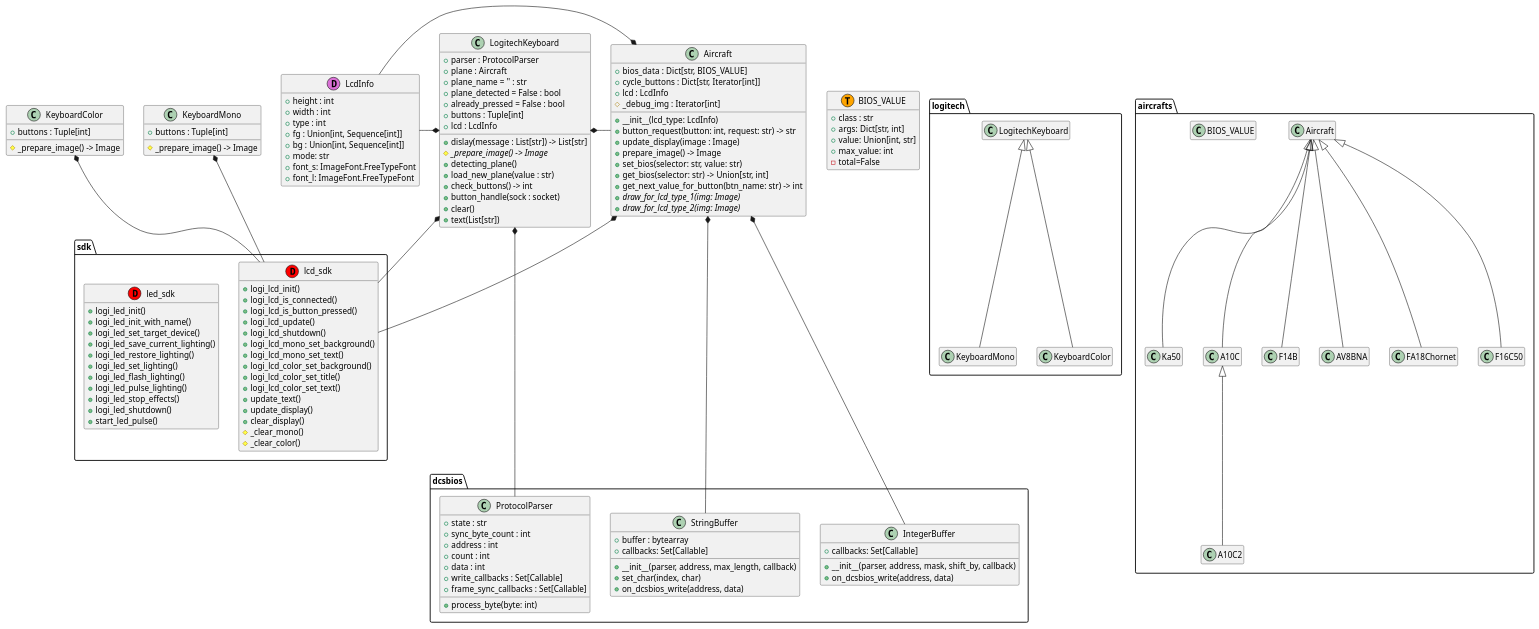
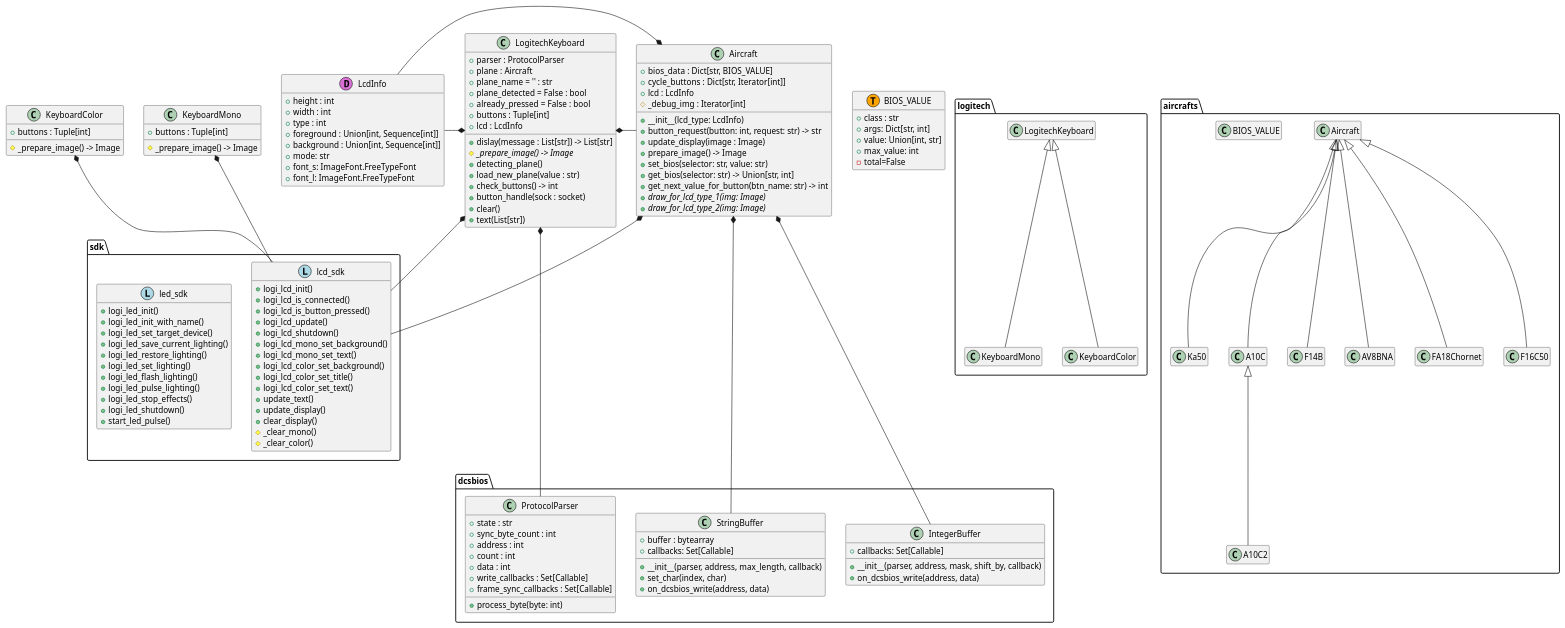
Before and after one commit to emcek/dcspy: the diagram in uml/classes.puml, drawn with PlantUML. The commit also changed 4 other files, not shown here.

Commit message:
rename fg and bg into foreground and background

```diff
--- a/uml/classes.puml
+++ b/uml/classes.puml
@@ -1,155 +1,155 @@
 @startuml
 hide empty members
 
 package dcsbios {
     class ProtocolParser {
         + state : str
         + sync_byte_count : int
         + address : int
         + count : int
         + data : int
         + write_callbacks : Set[Callable]
         + frame_sync_callbacks : Set[Callable]
         + process_byte(byte: int)
     }
 
     class StringBuffer {
         + buffer : bytearray
         + callbacks: Set[Callable]
         + __init__(parser, address, max_length, callback)
         + set_char(index, char)
         + on_dcsbios_write(address, data)
     }
 
     class IntegerBuffer {
         + callbacks: Set[Callable]
         + __init__(parser, address, mask, shift_by, callback)
         + on_dcsbios_write(address, data)
     }
 }
 
 package logitech {
     LogitechKeyboard <|-- KeyboardMono
     LogitechKeyboard <|-- KeyboardColor
 }
 
 class LogitechKeyboard {
     + parser : ProtocolParser
     + plane : Aircraft
     + plane_name = '' : str
     + plane_detected = False : bool
     + already_pressed = False : bool
     + buttons : Tuple[int]
     + lcd : LcdInfo
     + dislay(message : List[str]) -> List[str]
     # {abstract} _prepare_image() -> Image
     + detecting_plane()
     + load_new_plane(value : str)
     + check_buttons() -> int
     + button_handle(sock : socket)
     + clear()
     + text(List[str])
 }
 
 class KeyboardMono {
     + buttons : Tuple[int]
     # _prepare_image() -> Image
 }
 
 class KeyboardColor {
     + buttons : Tuple[int]
     # _prepare_image() -> Image
 }
 
 package aircrafts {
   Aircraft <|-- FA18Chornet
   Aircraft <|-- F16C50
   Aircraft <|-- Ka50
   Aircraft <|-- A10C
   A10C <|-- A10C2
   Aircraft <|-- F14B
   Aircraft <|-- AV8BNA
   class BIOS_VALUE
 }
 
 class Aircraft {
     + bios_data : Dict[str, BIOS_VALUE]
     + cycle_buttons : Dict[str, Iterator[int]]
     + lcd : LcdInfo
     # _debug_img : Iterator[int]
     + __init__(lcd_type: LcdInfo)
     + button_request(button: int, request: str) -> str
     + update_display(image : Image)
     + prepare_image() -> Image
     + set_bios(selector: str, value: str)
     + get_bios(selector: str) -> Union[str, int]
     + get_next_value_for_button(btn_name: str) -> int
     + {abstract} draw_for_lcd_type_1(img: Image)
     + {abstract} draw_for_lcd_type_2(img: Image)
 }
 
 class BIOS_VALUE <<(T,orange)>> {
     + class : str
     + args: Dict[str, int]
     + value: Union[int, str]
     + max_value: int
     - total=False
 }
 
 class LcdInfo <<(D,orchid)>> {
     + height : int
     + width : int
     + type : int
-    + fg : Union[int, Sequence[int]]
-    + bg : Union[int, Sequence[int]]
+    + foreground : Union[int, Sequence[int]]
+    + background : Union[int, Sequence[int]]
     + mode: str
     + font_s: ImageFont.FreeTypeFont
     + font_l: ImageFont.FreeTypeFont
 }
 
 package sdk{
-    class lcd_sdk <<(D,red)>> {
+    class lcd_sdk <<(L,lightblue)>> {
         + logi_lcd_init()
         + logi_lcd_is_connected()
         + logi_lcd_is_button_pressed()
         + logi_lcd_update()
         + logi_lcd_shutdown()
         + logi_lcd_mono_set_background()
         + logi_lcd_mono_set_text()
         + logi_lcd_color_set_background()
         + logi_lcd_color_set_title()
         + logi_lcd_color_set_text()
         + update_text()
         + update_display()
         + clear_display()
         # _clear_mono()
         # _clear_color()
     }
-    class led_sdk <<(D,red)>> {
+    class led_sdk <<(L,lightblue)>> {
         + logi_led_init()
         + logi_led_init_with_name()
         + logi_led_set_target_device()
         + logi_led_save_current_lighting()
         + logi_led_restore_lighting()
         + logi_led_set_lighting()
         + logi_led_flash_lighting()
         + logi_led_pulse_lighting()
         + logi_led_stop_effects()
         + logi_led_shutdown()
         + start_led_pulse()
     }
 }
 
 LogitechKeyboard *- Aircraft
 LcdInfo -* LogitechKeyboard
 LogitechKeyboard *--- ProtocolParser
 LogitechKeyboard *-- lcd_sdk
 
 KeyboardMono *-- lcd_sdk
 KeyboardColor *-- lcd_sdk
 
 LcdInfo -* Aircraft
 Aircraft *-- StringBuffer
 Aircraft *-- IntegerBuffer
 Aircraft *-- lcd_sdk
 @enduml
```
